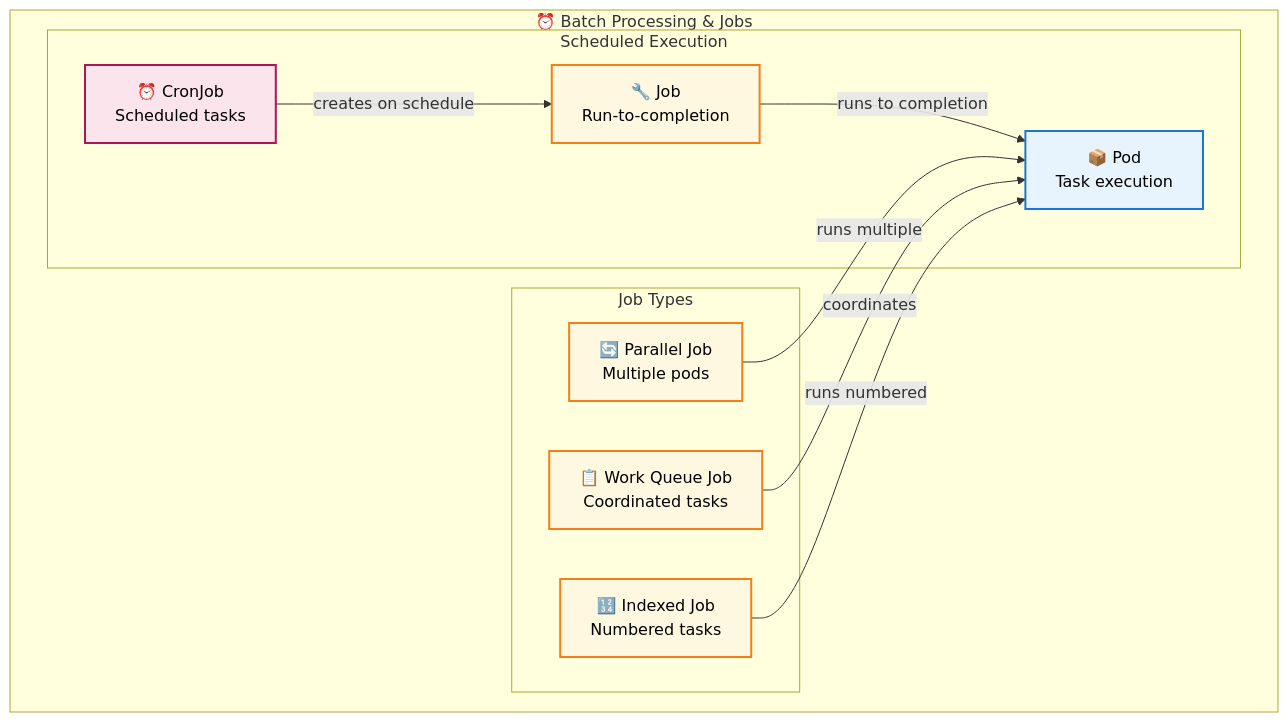
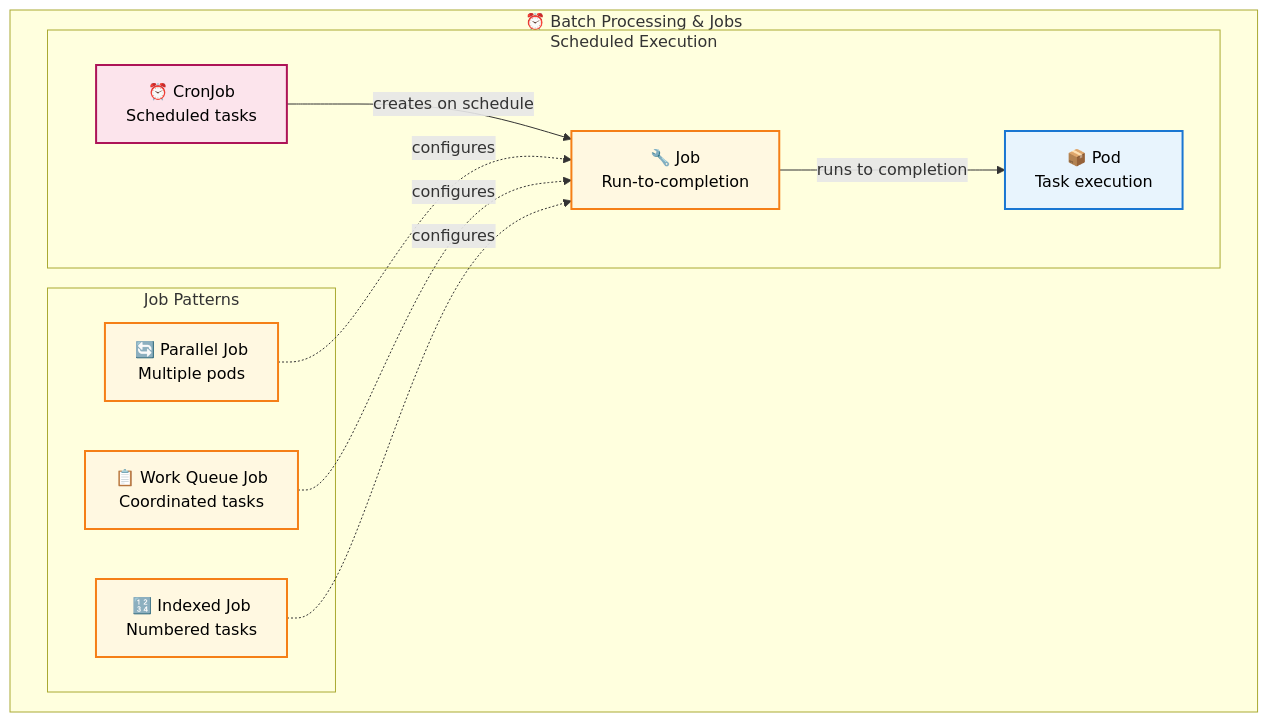
Before and after one commit to razkevich/system_design_course: the second of 8 diagrams in 1.4_distributed_systems/kubernetes_developer_guide.md, drawn with Mermaid. The commit also changed other lines of this file, not shown here.

````diff
--- a/1.4_distributed_systems/kubernetes_developer_guide.md
+++ b/1.4_distributed_systems/kubernetes_developer_guide.md
@@ -49,31 +45,31 @@
 ```mermaid
 flowchart TD
     subgraph "⏰ Batch Processing & Jobs"
         
         subgraph "Scheduled Execution"
             CronJob["⏰ CronJob<br/>Scheduled tasks"]
             Job["🔧 Job<br/>Run-to-completion"]
             BatchPod["📦 Pod<br/>Task execution"]
             
             CronJob -->|"creates on schedule"| Job
             Job -->|"runs to completion"| BatchPod
         end
         
-        subgraph "Job Types"
+        subgraph "Job Patterns"
             ParallelJob["🔄 Parallel Job<br/>Multiple pods"]
             WorkQueue["📋 Work Queue Job<br/>Coordinated tasks"]
             IndexedJob["🔢 Indexed Job<br/>Numbered tasks"]
             
-            ParallelJob -->|"runs multiple"| BatchPod
-            WorkQueue -->|"coordinates"| BatchPod
-            IndexedJob -->|"runs numbered"| BatchPod
+            ParallelJob -.->|"configures"| Job
+            WorkQueue -.->|"configures"| Job
+            IndexedJob -.->|"configures"| Job
         end
     end
     
     style BatchPod fill:#e8f4fd,stroke:#1976d2,stroke-width:2px,color:#000
     style Job fill:#fff8e1,stroke:#f57f17,stroke-width:2px,color:#000
     style CronJob fill:#fce4ec,stroke:#ad1457,stroke-width:2px,color:#000
     style ParallelJob fill:#fff8e1,stroke:#f57f17,stroke-width:2px,color:#000
     style WorkQueue fill:#fff8e1,stroke:#f57f17,stroke-width:2px,color:#000
     style IndexedJob fill:#fff8e1,stroke:#f57f17,stroke-width:2px,color:#000
 ```
````
